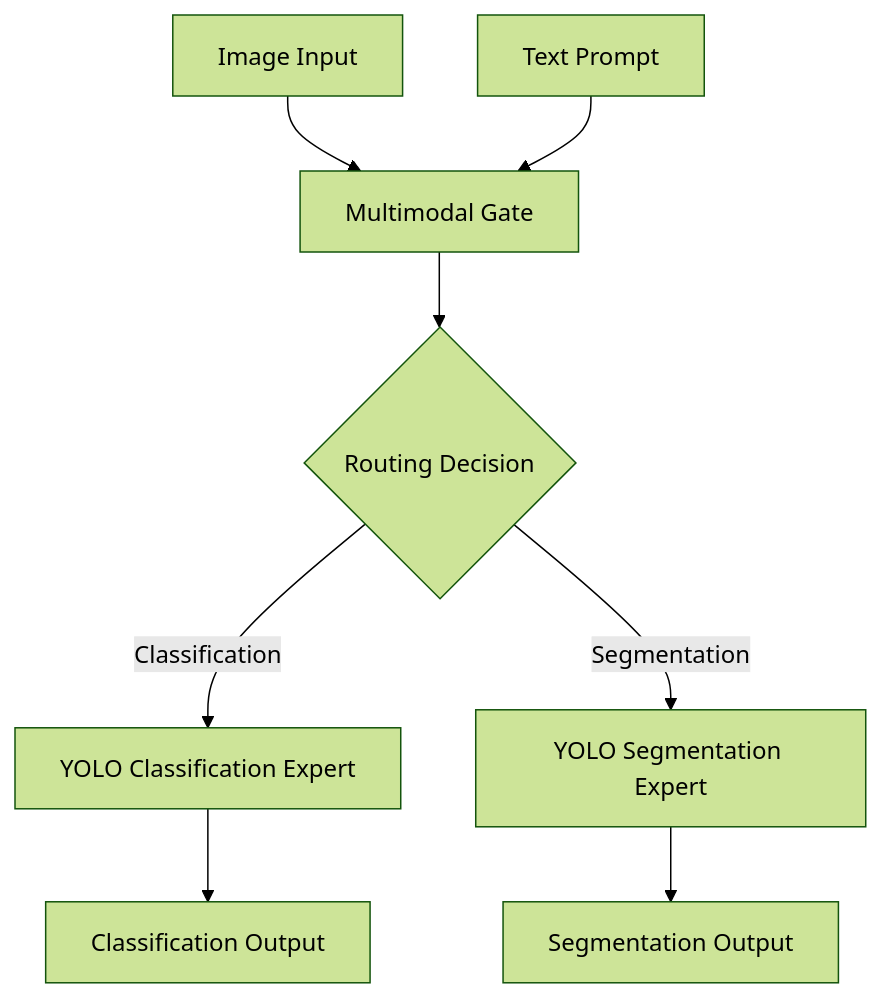
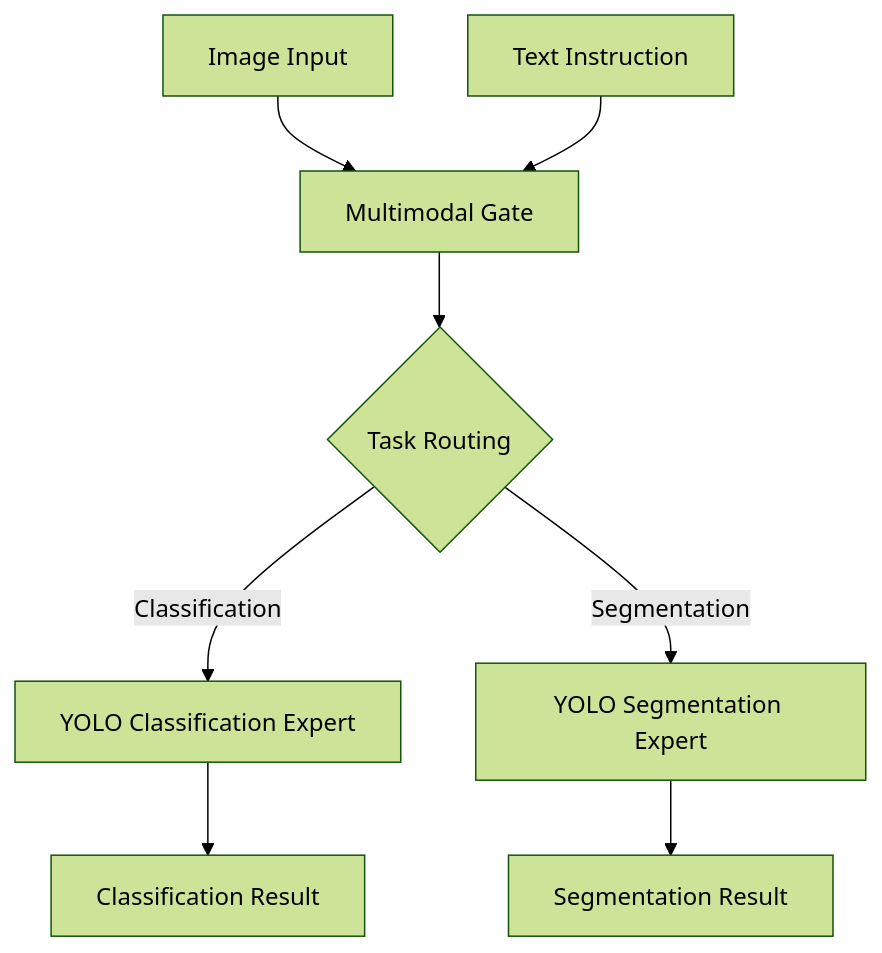
One commit to christymanthara/MoE-cls-seg changed the first of 4 diagrams in README.md. Above: the diagram before and after it, drawn with Mermaid (forest theme). The commit also changed other lines of this file and 1 other file, not shown here.

````diff
--- a/README.md
+++ b/README.md
@@ -17,10 +21,10 @@
 ```mermaid
 flowchart TD
     A[Image Input] --> C[Multimodal Gate]
-    B[Text Prompt] --> C
-    C --> D{Routing Decision}
+    B[Text Instruction] --> C
+    C --> D{Task Routing}
     D -->|Classification| E[YOLO Classification Expert]
     D -->|Segmentation| F[YOLO Segmentation Expert]
-    E --> G[Classification Output]
-    F --> H[Segmentation Output]
+    E --> G[Classification Result]
+    F --> H[Segmentation Result]
 ```
````
